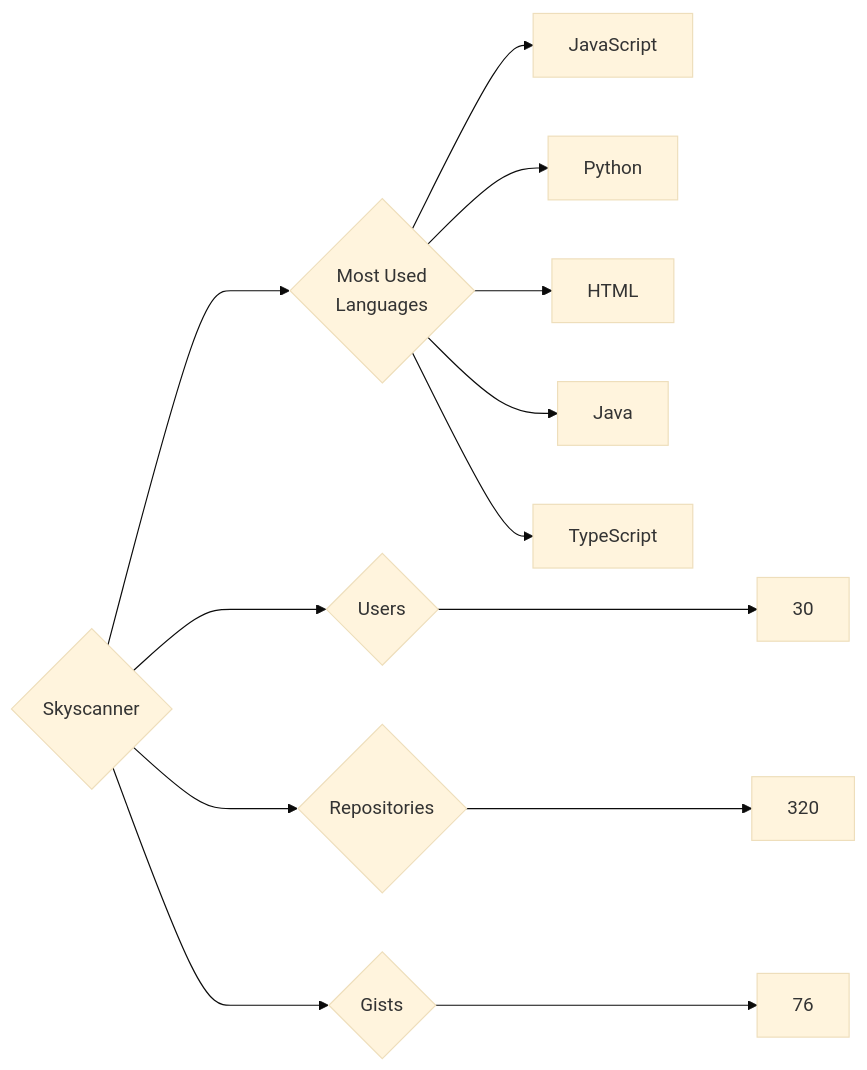
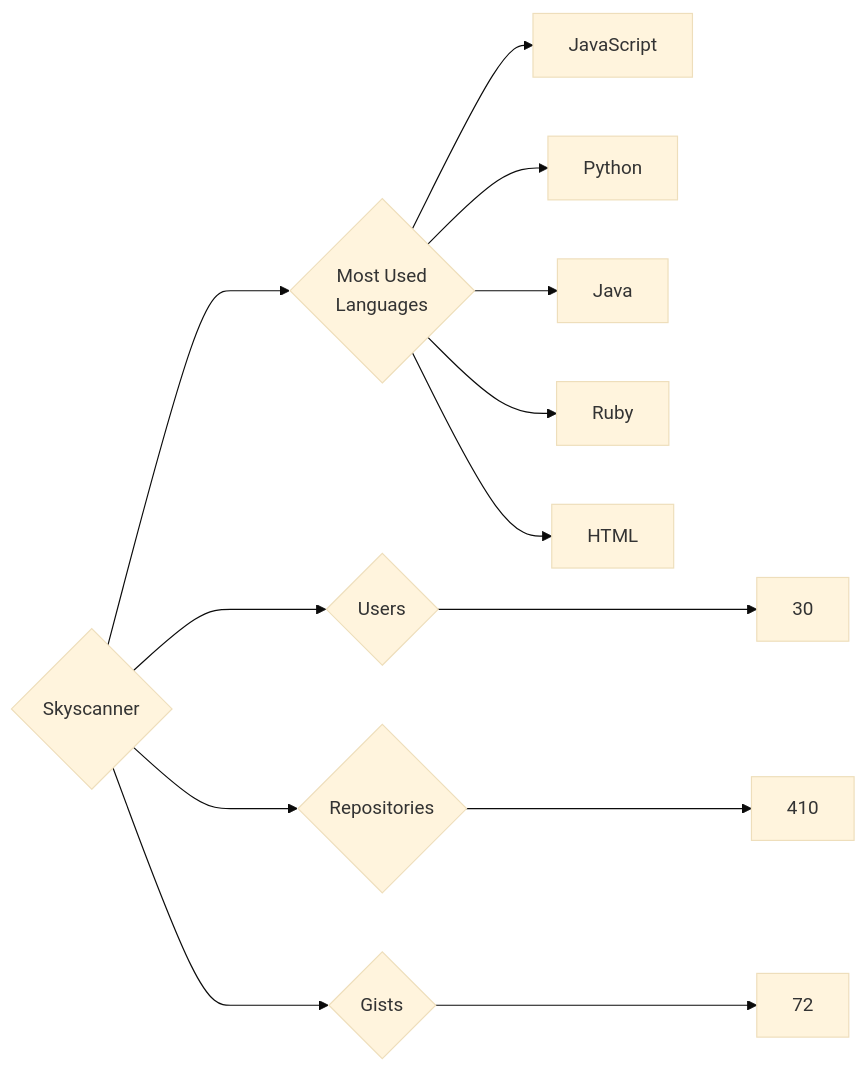
The diagram in targets/Skyscanner/README.md (trickest/insiders), drawn with Mermaid (base theme) before and after one commit. The commit also changed 851 other files, not shown here.

````diff
--- a/targets/Skyscanner/README.md
+++ b/targets/Skyscanner/README.md
@@ -3,13 +3,13 @@
 ```mermaid
 graph LR
 COMPANY_NAME{Skyscanner}
 COMPANY_NAME ---> U{Users} ---> UN[30]
-COMPANY_NAME ---> R{Repositories} ---> RN[320]
-COMPANY_NAME ---> G{Gists} ---> GN[76]
+COMPANY_NAME ---> R{Repositories} ---> RN[410]
+COMPANY_NAME ---> G{Gists} ---> GN[72]
 COMPANY_NAME ---> ML{Most Used<br>Languages}
 ML --> JavaScript[JavaScript]
 ML --> Python[Python]
+ML --> Java[Java]
+ML --> Ruby[Ruby]
 ML --> HTML[HTML]
-ML --> Java[Java]
-ML --> TypeScript[TypeScript]
 ```
````
